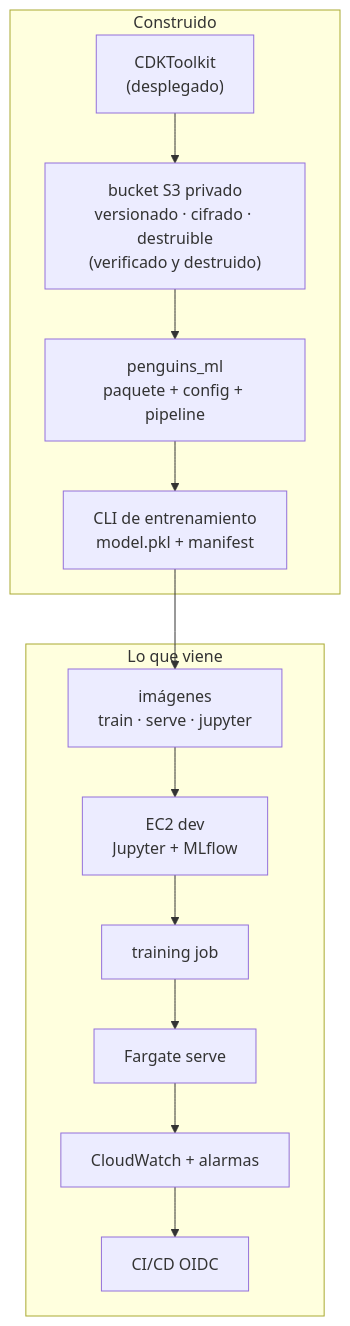
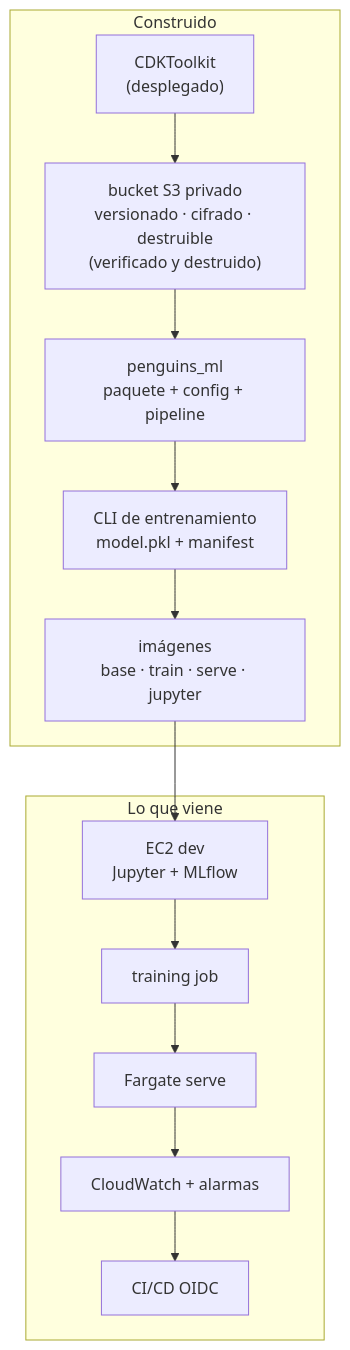
The eighth of 8 diagrams in docs/how-it-works.md (JairRamosG/Pinguinos-AWS), drawn with Mermaid before and after one commit. The commit also changed other lines of this file, not shown here.

````diff
--- a/docs/how-it-works.md
+++ b/docs/how-it-works.md
@@ -334,18 +435,18 @@
 ```mermaid
 flowchart TB
     subgraph HOY["Construido"]
         BOOT["CDKToolkit<br/>(desplegado)"]
         S3["bucket S3 privado<br/>versionado · cifrado · destruible<br/>(verificado y destruido)"]
         PKG["penguins_ml<br/>paquete + config + pipeline"]
         TRN["CLI de entrenamiento<br/>model.pkl + manifest"]
+        IMG["imágenes<br/>base · train · serve · jupyter"]
     end
     subgraph DESPUES["Lo que viene"]
-        IMG["imágenes<br/>train · serve · jupyter"]
         EC2["EC2 dev<br/>Jupyter + MLflow"]
         JOB["training job"]
         SRV["Fargate serve"]
         OBS["CloudWatch + alarmas"]
         CI["CI/CD OIDC"]
     end
     BOOT --> S3 --> PKG --> TRN --> IMG --> EC2 --> JOB --> SRV --> OBS --> CI
 ```
````
